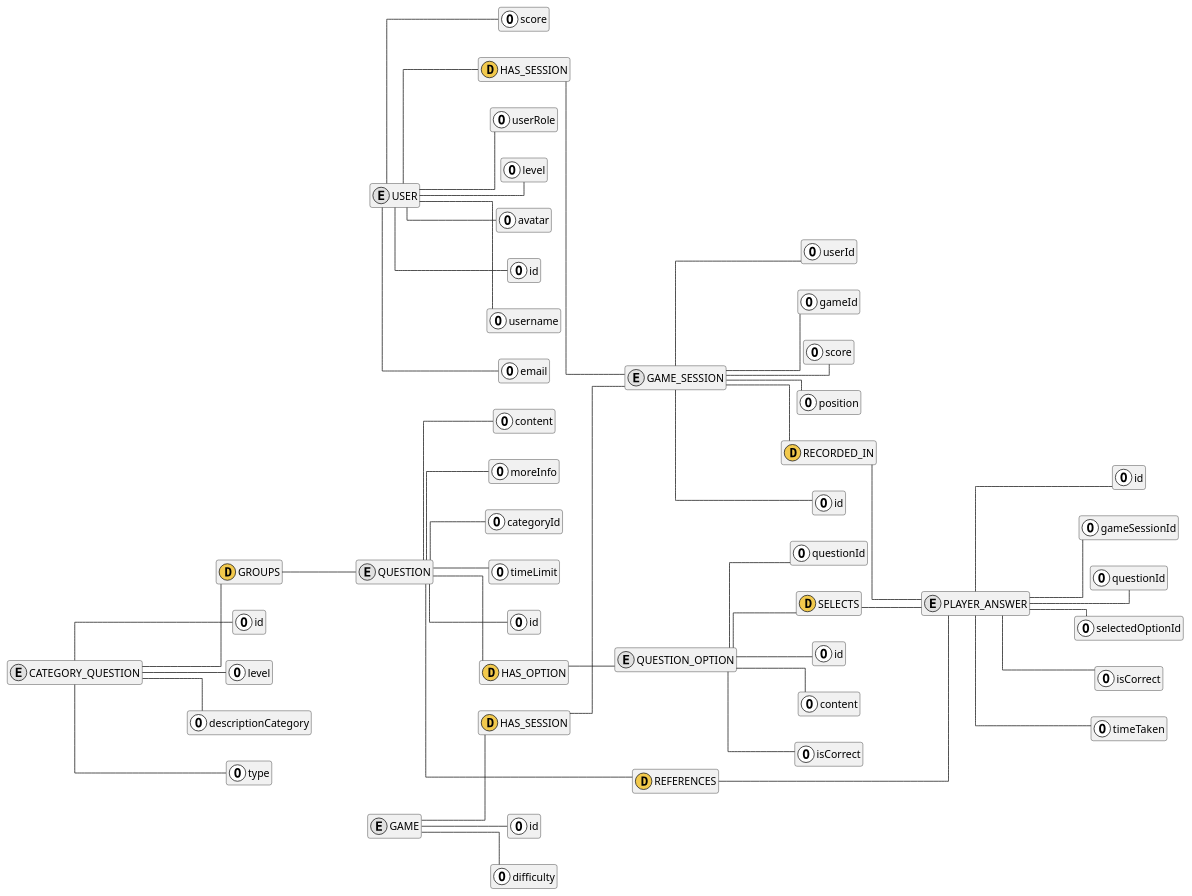
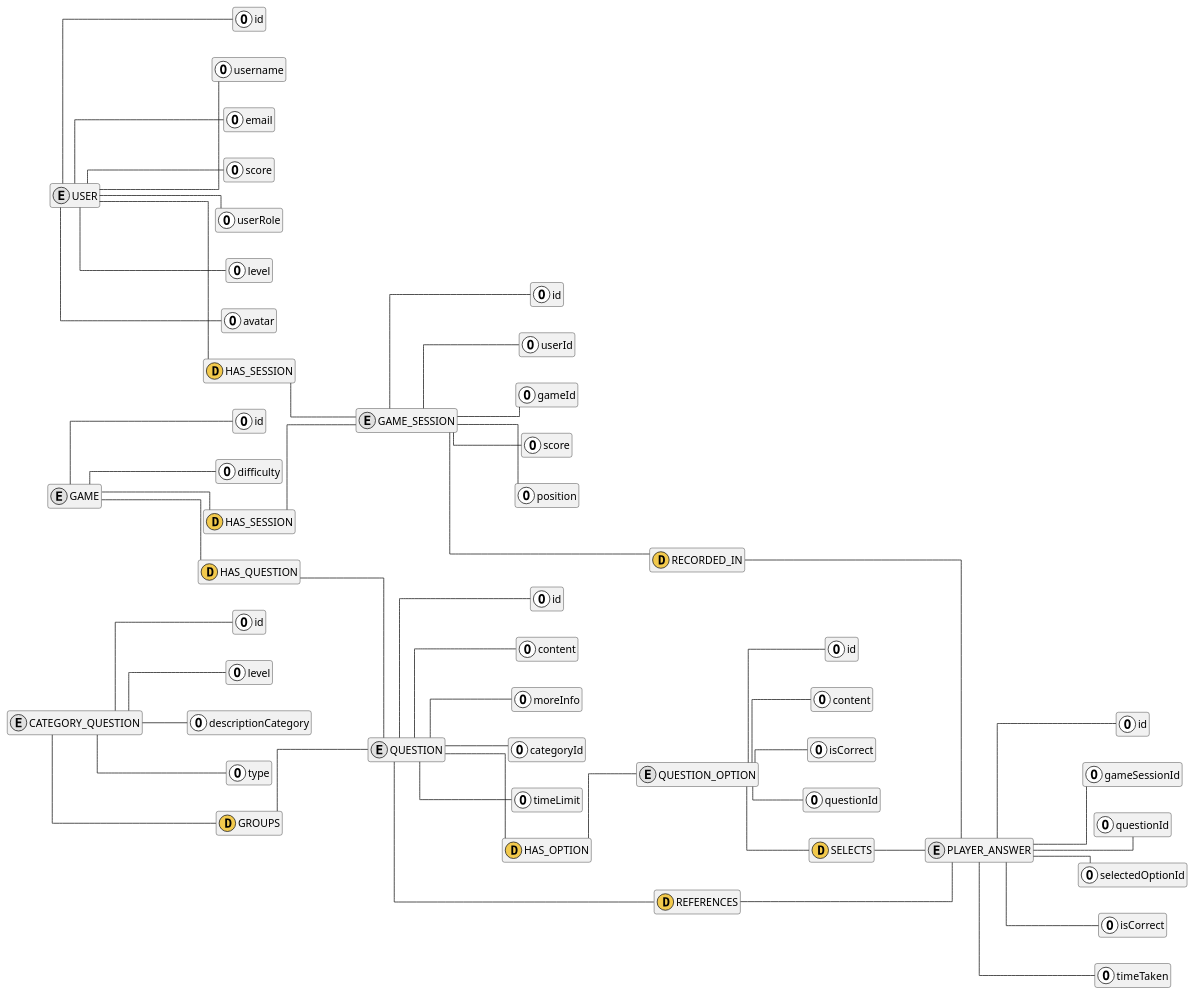
Before and after one commit to smyleface18/LinguaPlay: the diagram in docs/diagrams/entity-relationship-chen.puml, drawn with PlantUML. The commit also changed 9 other files, not shown here.

First line of the commit message:
docs: add technical/internal documentation, update diagrams and submodule refs

```diff
--- a/docs/diagrams/entity-relationship-chen.puml
+++ b/docs/diagrams/entity-relationship-chen.puml
@@ -1,135 +1,140 @@
 @startuml
 left to right direction
 skinparam linetype ortho
 skinparam roundcorner 6
 skinparam shadowing false
 skinparam classAttributeIconSize 0
 
 ' Chen notation (PlantUML-safe):
 ' - Entities: class with E (rectangle)
 ' - Relationships: class with D (diamond)
 ' - Attributes: class with O (oval)
 
 hide members
 hide methods
 
 class "USER" as USER << (E,#E0E0E0) >>
 class "GAME" as GAME << (E,#E0E0E0) >>
 class "GAME_SESSION" as GAME_SESSION << (E,#E0E0E0) >>
 class "CATEGORY_QUESTION" as CATEGORY_QUESTION << (E,#E0E0E0) >>
 class "QUESTION" as QUESTION << (E,#E0E0E0) >>
 class "QUESTION_OPTION" as QUESTION_OPTION << (E,#E0E0E0) >>
 class "PLAYER_ANSWER" as PLAYER_ANSWER << (E,#E0E0E0) >>
 
 ' Attributes
 class "id" as USER_id << (O,#FFFFFF) >>
 class "username" as USER_username << (O,#FFFFFF) >>
 class "email" as USER_email << (O,#FFFFFF) >>
 class "score" as USER_score << (O,#FFFFFF) >>
 class "userRole" as USER_userRole << (O,#FFFFFF) >>
 class "level" as USER_level << (O,#FFFFFF) >>
 class "avatar" as USER_avatar << (O,#FFFFFF) >>
 
 class "id" as GAME_id << (O,#FFFFFF) >>
 class "difficulty" as GAME_difficulty << (O,#FFFFFF) >>
 
 class "id" as GS_id << (O,#FFFFFF) >>
 class "userId" as GS_userId << (O,#FFFFFF) >>
 class "gameId" as GS_gameId << (O,#FFFFFF) >>
 class "score" as GS_score << (O,#FFFFFF) >>
 class "position" as GS_position << (O,#FFFFFF) >>
 
 class "id" as CQ_id << (O,#FFFFFF) >>
 class "level" as CQ_level << (O,#FFFFFF) >>
 class "descriptionCategory" as CQ_desc << (O,#FFFFFF) >>
 class "type" as CQ_type << (O,#FFFFFF) >>
 
 class "id" as Q_id << (O,#FFFFFF) >>
 class "content" as Q_content << (O,#FFFFFF) >>
 class "moreInfo" as Q_moreInfo << (O,#FFFFFF) >>
 class "categoryId" as Q_categoryId << (O,#FFFFFF) >>
 class "timeLimit" as Q_timeLimit << (O,#FFFFFF) >>
 
 class "id" as QO_id << (O,#FFFFFF) >>
 class "content" as QO_content << (O,#FFFFFF) >>
 class "isCorrect" as QO_isCorrect << (O,#FFFFFF) >>
 class "questionId" as QO_questionId << (O,#FFFFFF) >>
 
 class "id" as PA_id << (O,#FFFFFF) >>
 class "gameSessionId" as PA_gameSessionId << (O,#FFFFFF) >>
 class "questionId" as PA_questionId << (O,#FFFFFF) >>
 class "selectedOptionId" as PA_selectedOptionId << (O,#FFFFFF) >>
 class "isCorrect" as PA_isCorrect << (O,#FFFFFF) >>
 class "timeTaken" as PA_timeTaken << (O,#FFFFFF) >>
+
+' Many-to-many relation represented directly in Chen notation.
+class "HAS_QUESTION" as R_GAME_QUESTION << (D,#F2C94C) >>
+GAME -- R_GAME_QUESTION
+R_GAME_QUESTION -- QUESTION
 
 ' Relationships (diamonds)
 class "HAS_SESSION" as R_USER_SESSION << (D,#F2C94C) >>
 class "HAS_SESSION" as R_GAME_SESSION << (D,#F2C94C) >>
 
 USER -- R_USER_SESSION
 GAME -- R_GAME_SESSION
 R_USER_SESSION -- GAME_SESSION
 R_GAME_SESSION -- GAME_SESSION
 
 class "GROUPS" as R_CATEGORY_QUESTION << (D,#F2C94C) >>
 CATEGORY_QUESTION -- R_CATEGORY_QUESTION
 R_CATEGORY_QUESTION -- QUESTION
 
 class "HAS_OPTION" as R_QUESTION_OPTION << (D,#F2C94C) >>
 QUESTION -- R_QUESTION_OPTION
 R_QUESTION_OPTION -- QUESTION_OPTION
 
 class "RECORDED_IN" as R_SESSION_ANSWER << (D,#F2C94C) >>
 GAME_SESSION -- R_SESSION_ANSWER
 R_SESSION_ANSWER -- PLAYER_ANSWER
 
 class "REFERENCES" as R_ANSWER_QUESTION << (D,#F2C94C) >>
 QUESTION -- R_ANSWER_QUESTION
 R_ANSWER_QUESTION -- PLAYER_ANSWER
 
 class "SELECTS" as R_ANSWER_OPTION << (D,#F2C94C) >>
 QUESTION_OPTION -- R_ANSWER_OPTION
 R_ANSWER_OPTION -- PLAYER_ANSWER
 
 ' Link attributes to entities
 USER -- USER_id
 USER -- USER_username
 USER -- USER_email
 USER -- USER_score
 USER -- USER_userRole
 USER -- USER_level
 USER -- USER_avatar
 
 GAME -- GAME_id
 GAME -- GAME_difficulty
 
 GAME_SESSION -- GS_id
 GAME_SESSION -- GS_userId
 GAME_SESSION -- GS_gameId
 GAME_SESSION -- GS_score
 GAME_SESSION -- GS_position
 
 CATEGORY_QUESTION -- CQ_id
 CATEGORY_QUESTION -- CQ_level
 CATEGORY_QUESTION -- CQ_desc
 CATEGORY_QUESTION -- CQ_type
 
 QUESTION -- Q_id
 QUESTION -- Q_content
 QUESTION -- Q_moreInfo
 QUESTION -- Q_categoryId
 QUESTION -- Q_timeLimit
 
 QUESTION_OPTION -- QO_id
 QUESTION_OPTION -- QO_content
 QUESTION_OPTION -- QO_isCorrect
 QUESTION_OPTION -- QO_questionId
 
 PLAYER_ANSWER -- PA_id
 PLAYER_ANSWER -- PA_gameSessionId
 PLAYER_ANSWER -- PA_questionId
 PLAYER_ANSWER -- PA_selectedOptionId
 PLAYER_ANSWER -- PA_isCorrect
 PLAYER_ANSWER -- PA_timeTaken
 
 @enduml
```
